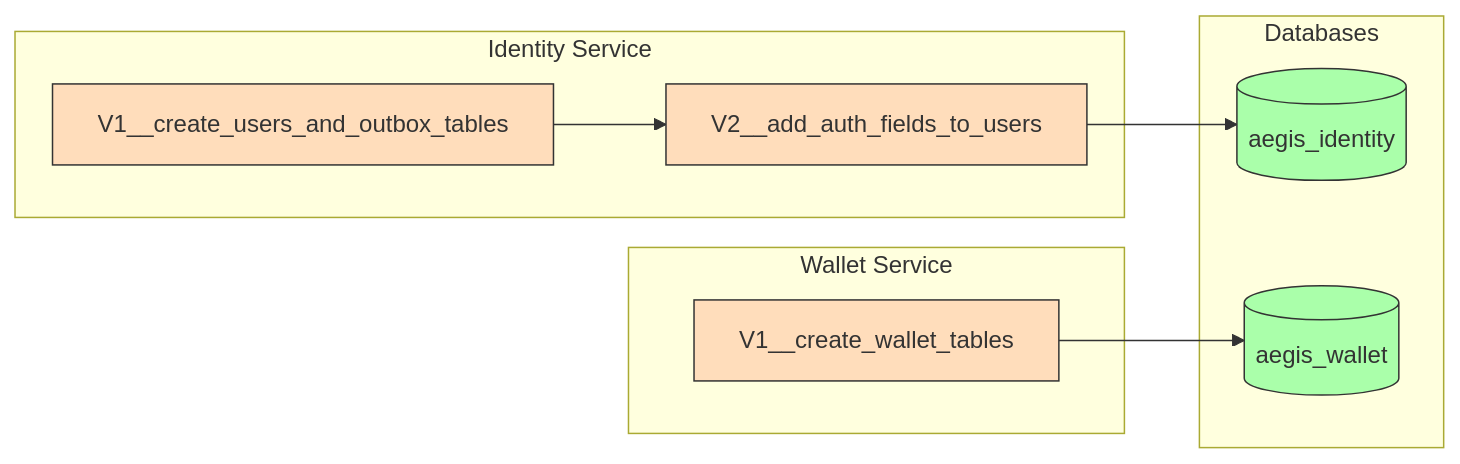
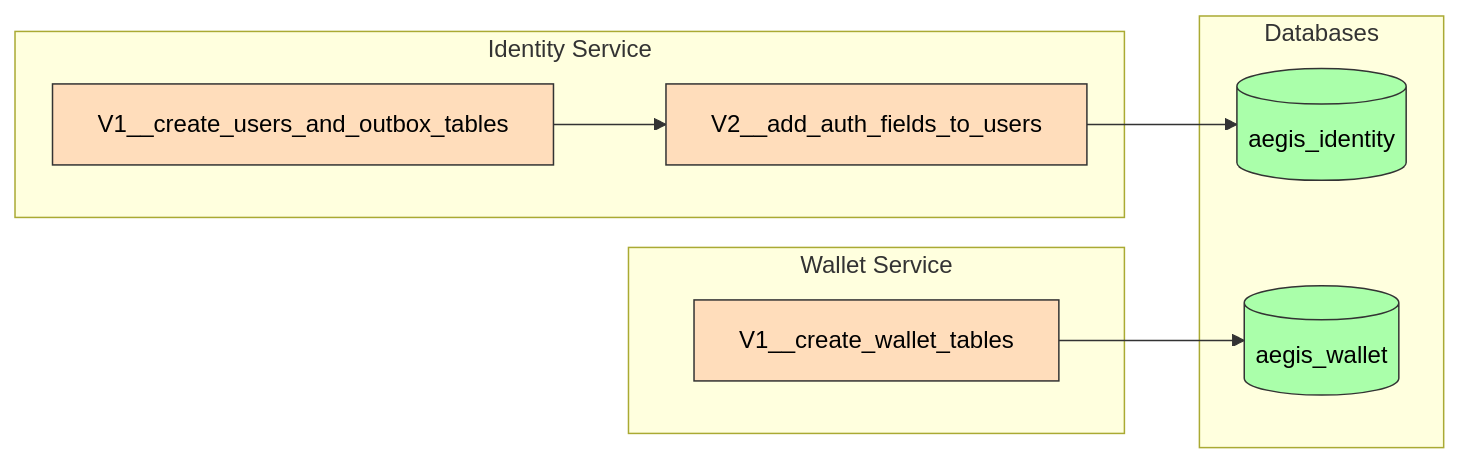
One commit to AlexAlvarezGallardo-GitHub/Aegis changed the diagram in docs/obsidian/05 - Infrastructure/Flyway Migrations.md. Above: the diagram before and after it, drawn with Mermaid. The commit also changed 26 other files, not shown here.

Commit message:
docs(infra): add color to mermaid nodes for dark mode readability

````diff
--- a/docs/obsidian/05 - Infrastructure/Flyway Migrations.md
+++ b/docs/obsidian/05 - Infrastructure/Flyway Migrations.md
@@ -9,22 +9,22 @@
 ```mermaid
 graph LR
     subgraph "Identity Service"
         IV1["V1__create_users_and_outbox_tables"]
         IV2["V2__add_auth_fields_to_users"]
         IV1 --> IV2
     end
     subgraph "Wallet Service"
         WV1["V1__create_wallet_tables"]
     end
     subgraph "Databases"
         IDDB[(aegis_identity)]
         WDB[(aegis_wallet)]
     end
     IV2 --> IDDB
     WV1 --> WDB
-    style IDDB fill:#afa,stroke:#333
-    style WDB fill:#afa,stroke:#333
-    style IV1 fill:#fdb,stroke:#333
-    style IV2 fill:#fdb,stroke:#333
-    style WV1 fill:#fdb,stroke:#333
+    style IDDB fill:#afa,stroke:#333,color:#000
+    style WDB fill:#afa,stroke:#333,color:#000
+    style IV1 fill:#fdb,stroke:#333,color:#000
+    style IV2 fill:#fdb,stroke:#333,color:#000
+    style WV1 fill:#fdb,stroke:#333,color:#000
 ```
````
